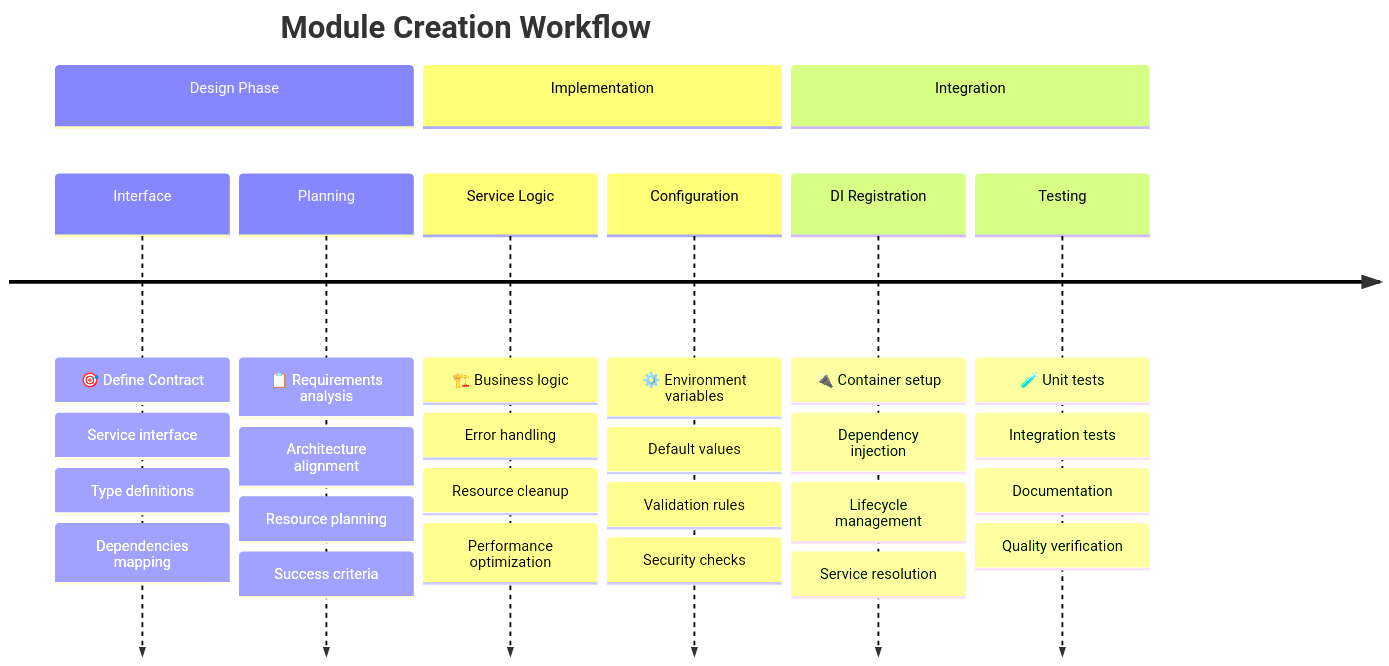
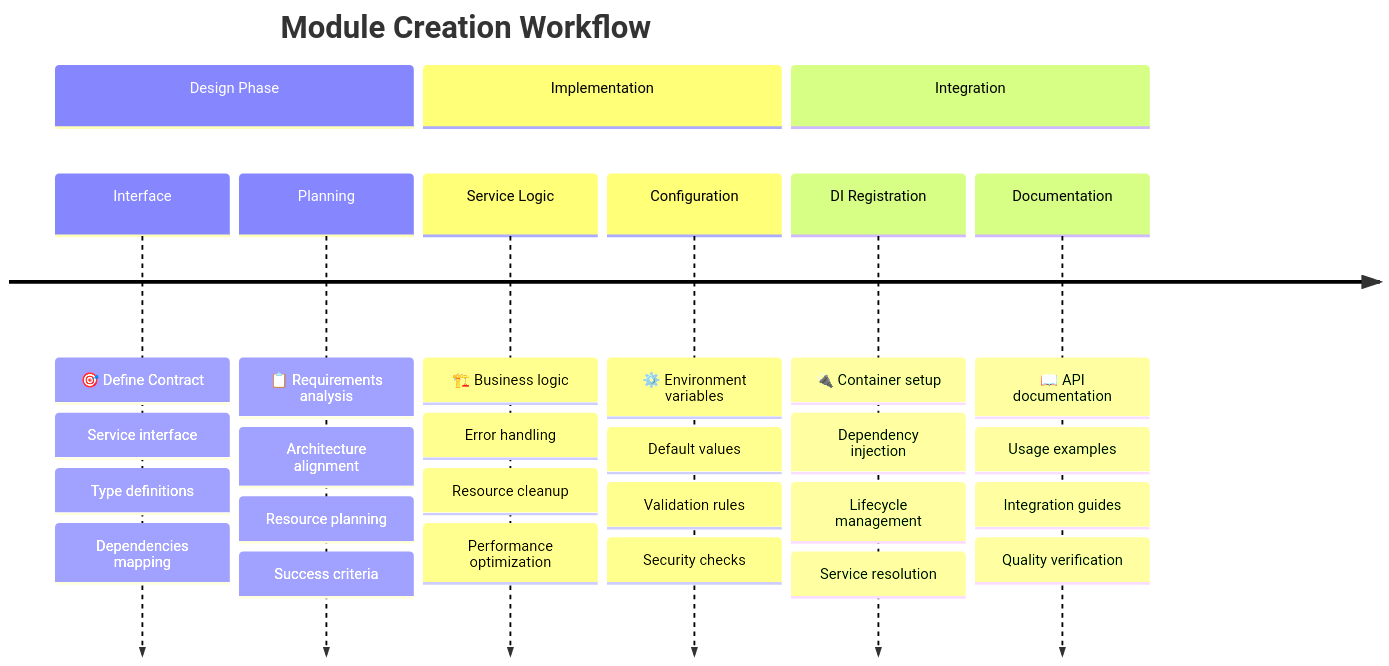
One commit to Surebob/discord-claude changed the tenth of 10 diagrams in README.md. Above: the diagram before and after it, drawn with Mermaid. The commit also changed other lines of this file, not shown here.

Commit message:
Refactor README.md to update the testing and documentation sections, replacing outdated content with clearer guidelines. Enhance the maintainability section and remove deprecated architecture benefits for improved clarity and focus on current practices.

````diff
--- a/README.md
+++ b/README.md
@@ -510,37 +510,37 @@
 ```mermaid
 timeline
     title Module Creation Workflow
     
     section Design Phase
         Interface : 🎯 Define Contract
                   : Service interface
                   : Type definitions
                   : Dependencies mapping
         
         Planning : 📋 Requirements analysis
                  : Architecture alignment
                  : Resource planning
                  : Success criteria
     
     section Implementation
         Service Logic : 🏗️ Business logic
                       : Error handling
                       : Resource cleanup
                       : Performance optimization
         
         Configuration : ⚙️ Environment variables
                       : Default values
                       : Validation rules
                       : Security checks
     
     section Integration
         DI Registration : 🔌 Container setup
                         : Dependency injection
                         : Lifecycle management
                         : Service resolution
         
-        Testing : 🧪 Unit tests
-                : Integration tests
-                : Documentation
-                : Quality verification
+        Documentation : 📖 API documentation
+                      : Usage examples
+                      : Integration guides
+                      : Quality verification
 ```
````
